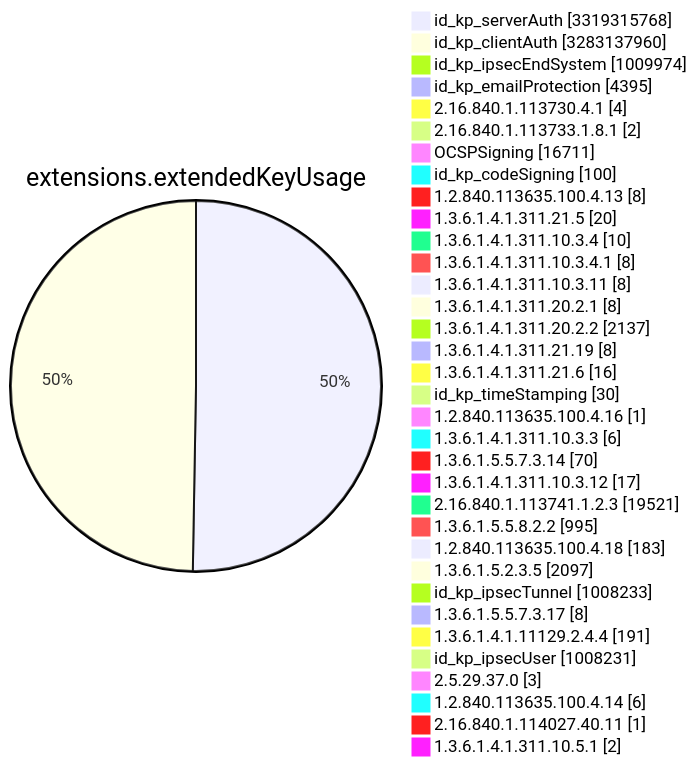
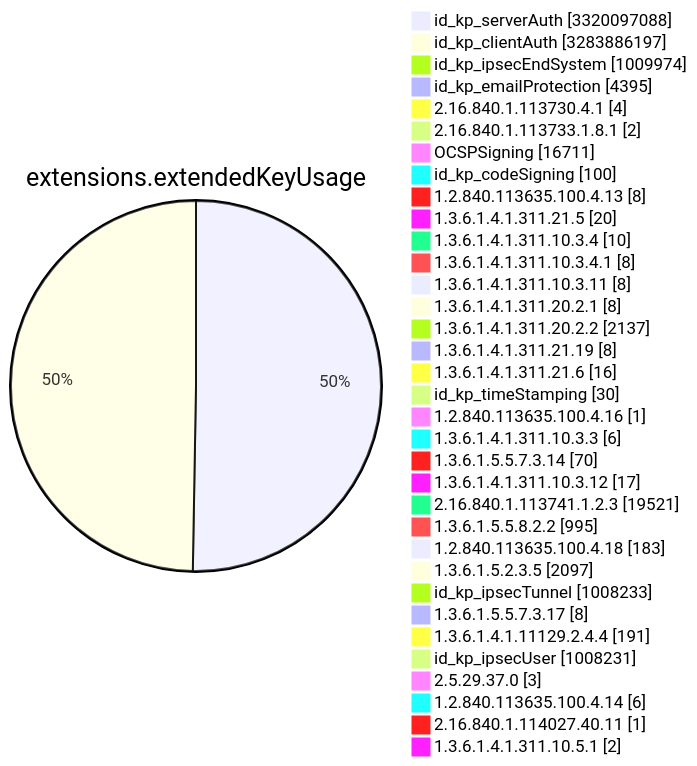
One commit to christiankrug/ctmonitor_visualization changed diagram 11 of 15 in TOTAL/README.md. Above: the diagram before and after it, drawn with Mermaid. The commit also changed other lines of this file, not shown here.

````diff
--- a/TOTAL/README.md
+++ b/TOTAL/README.md
@@ -4120,38 +4120,38 @@
 ```mermaid
 pie showData
 title extensions.extendedKeyUsage
-"id_kp_serverAuth" :3319315768
-"id_kp_clientAuth" :3283137960
+"id_kp_serverAuth" :3320097088
+"id_kp_clientAuth" :3283886197
 "id_kp_ipsecEndSystem" :1009974
 "id_kp_emailProtection" :4395
 "2.16.840.1.113730.4.1" :4
 "2.16.840.1.113733.1.8.1" :2
 "OCSPSigning" :16711
 "id_kp_codeSigning" :100
 "1.2.840.113635.100.4.13" :8
 "1.3.6.1.4.1.311.21.5" :20
 "1.3.6.1.4.1.311.10.3.4" :10
 "1.3.6.1.4.1.311.10.3.4.1" :8
 "1.3.6.1.4.1.311.10.3.11" :8
 "1.3.6.1.4.1.311.20.2.1" :8
 "1.3.6.1.4.1.311.20.2.2" :2137
 "1.3.6.1.4.1.311.21.19" :8
 "1.3.6.1.4.1.311.21.6" :16
 "id_kp_timeStamping" :30
 "1.2.840.113635.100.4.16" :1
 "1.3.6.1.4.1.311.10.3.3" :6
 "1.3.6.1.5.5.7.3.14" :70
 "1.3.6.1.4.1.311.10.3.12" :17
 "2.16.840.1.113741.1.2.3" :19521
 "1.3.6.1.5.5.8.2.2" :995
 "1.2.840.113635.100.4.18" :183
 "1.3.6.1.5.2.3.5" :2097
 "id_kp_ipsecTunnel" :1008233
 "1.3.6.1.5.5.7.3.17" :8
 "1.3.6.1.4.1.11129.2.4.4" :191
 "id_kp_ipsecUser" :1008231
 "2.5.29.37.0" :3
 "1.2.840.113635.100.4.14" :6
 "2.16.840.1.114027.40.11" :1
 "1.3.6.1.4.1.311.10.5.1" :2
 ```
````
